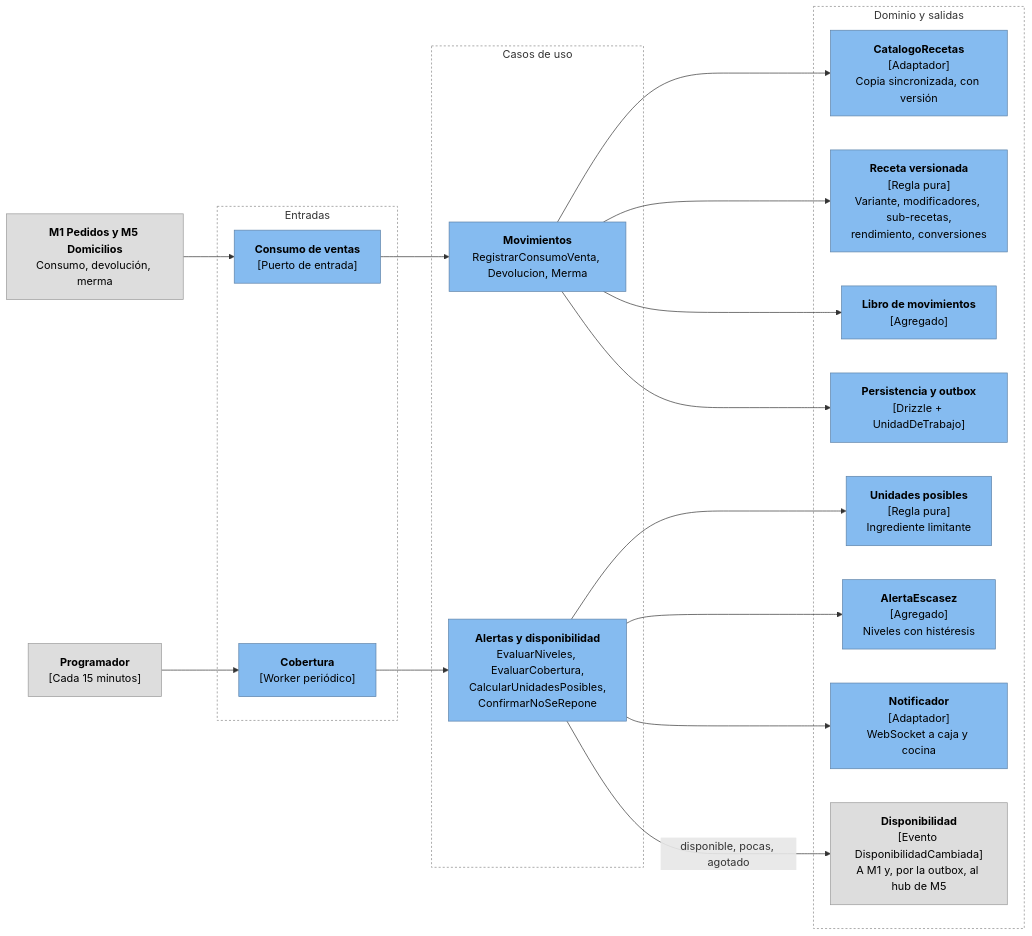
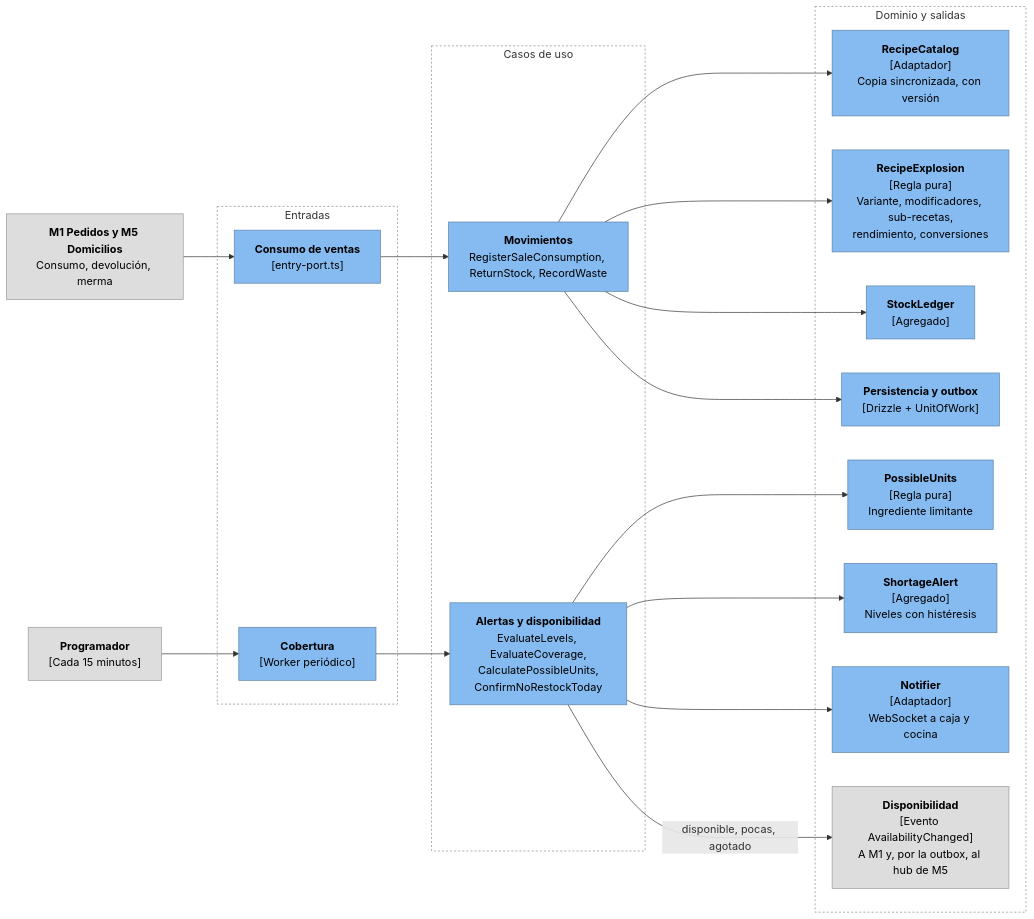
One commit to CesarJOtizM/blackHole changed the second of 3 diagrams in docs/arquitectura/componentes/c4-m4-inventario.md. Above: the diagram before and after it, drawn with Mermaid. The commit also changed other lines of this file and 159 other files, not shown here.

````diff
--- a/docs/arquitectura/componentes/c4-m4-inventario.md
+++ b/docs/arquitectura/componentes/c4-m4-inventario.md
@@ -74,47 +72,47 @@
 ```mermaid
 flowchart LR
   M1I["<b>M1 Pedidos y M5 Domicilios</b><br/>Consumo, devolución, merma"]:::modulo
   PRG["<b>Programador</b><br/>[Cada 15 minutos]"]:::modulo
 
-  subgraph Entradas["Entradas"]
-    CONS["<b>Consumo de ventas</b><br/>[Puerto de entrada]"]:::componente
-    COB["<b>Cobertura</b><br/>[Worker periódico]"]:::componente
+  subgraph Inputs["Entradas"]
+    CONS["<b>Consumo de ventas</b><br/>[entry-port.ts]"]:::componente
+    COV["<b>Cobertura</b><br/>[Worker periódico]"]:::componente
   end
 
-  subgraph Aplicacion["Casos de uso"]
-    UC_MOV["<b>Movimientos</b><br/>RegistrarConsumoVenta, Devolucion, Merma"]:::componente
-    UC_ALE["<b>Alertas y disponibilidad</b><br/>EvaluarNiveles, EvaluarCobertura,<br/>CalcularUnidadesPosibles,<br/>ConfirmarNoSeRepone"]:::componente
+  subgraph Application["Casos de uso"]
+    UC_MOV["<b>Movimientos</b><br/>RegisterSaleConsumption, ReturnStock, RecordWaste"]:::componente
+    UC_ALR["<b>Alertas y disponibilidad</b><br/>EvaluateLevels, EvaluateCoverage,<br/>CalculatePossibleUnits,<br/>ConfirmNoRestockToday"]:::componente
   end
 
-  subgraph Salida["Dominio y salidas"]
-    REC["<b>CatalogoRecetas</b><br/>[Adaptador]<br/>Copia sincronizada, con versión"]:::componente
-    D_REC["<b>Receta versionada</b><br/>[Regla pura]<br/>Variante, modificadores, sub-recetas,<br/>rendimiento, conversiones"]:::componente
-    D_LIB["<b>Libro de movimientos</b><br/>[Agregado]"]:::componente
-    REPO["<b>Persistencia y outbox</b><br/>[Drizzle + UnidadDeTrabajo]"]:::componente
-    D_UNI["<b>Unidades posibles</b><br/>[Regla pura]<br/>Ingrediente limitante"]:::componente
-    D_ALE["<b>AlertaEscasez</b><br/>[Agregado]<br/>Niveles con histéresis"]:::componente
-    NOT["<b>Notificador</b><br/>[Adaptador]<br/>WebSocket a caja y cocina"]:::componente
-    DIS["<b>Disponibilidad</b><br/>[Evento DisponibilidadCambiada]<br/>A M1 y, por la outbox, al hub de M5"]:::modulo
+  subgraph Outputs["Dominio y salidas"]
+    RCP["<b>RecipeCatalog</b><br/>[Adaptador]<br/>Copia sincronizada, con versión"]:::componente
+    D_RCP["<b>RecipeExplosion</b><br/>[Regla pura]<br/>Variante, modificadores, sub-recetas,<br/>rendimiento, conversiones"]:::componente
+    D_LED["<b>StockLedger</b><br/>[Agregado]"]:::componente
+    REPO["<b>Persistencia y outbox</b><br/>[Drizzle + UnitOfWork]"]:::componente
+    D_UNI["<b>PossibleUnits</b><br/>[Regla pura]<br/>Ingrediente limitante"]:::componente
+    D_ALR["<b>ShortageAlert</b><br/>[Agregado]<br/>Niveles con histéresis"]:::componente
+    NOT["<b>Notifier</b><br/>[Adaptador]<br/>WebSocket a caja y cocina"]:::componente
+    AVL["<b>Disponibilidad</b><br/>[Evento AvailabilityChanged]<br/>A M1 y, por la outbox, al hub de M5"]:::modulo
   end
 
   M1I --> CONS
-  PRG --> COB
+  PRG --> COV
 
   CONS --> UC_MOV
-  COB --> UC_ALE
+  COV --> UC_ALR
 
-  UC_MOV --> REC
-  UC_MOV --> D_REC
-  UC_MOV --> D_LIB
+  UC_MOV --> RCP
+  UC_MOV --> D_RCP
+  UC_MOV --> D_LED
   UC_MOV --> REPO
-  UC_ALE --> D_UNI
-  UC_ALE --> D_ALE
-  UC_ALE --> NOT
-  UC_ALE -- "disponible, pocas, agotado" --> DIS
+  UC_ALR --> D_UNI
+  UC_ALR --> D_ALR
+  UC_ALR --> NOT
+  UC_ALR -- "disponible, pocas, agotado" --> AVL
 
   classDef componente fill:#85bbf0,stroke:#5d82a8,color:#000
   classDef modulo fill:#dddddd,stroke:#999999,color:#000
-  style Entradas fill:none,stroke:#888,stroke-dasharray: 3 3
-  style Aplicacion fill:none,stroke:#888,stroke-dasharray: 3 3
-  style Salida fill:none,stroke:#888,stroke-dasharray: 3 3
+  style Inputs fill:none,stroke:#888,stroke-dasharray: 3 3
+  style Application fill:none,stroke:#888,stroke-dasharray: 3 3
+  style Outputs fill:none,stroke:#888,stroke-dasharray: 3 3
 ```
````
